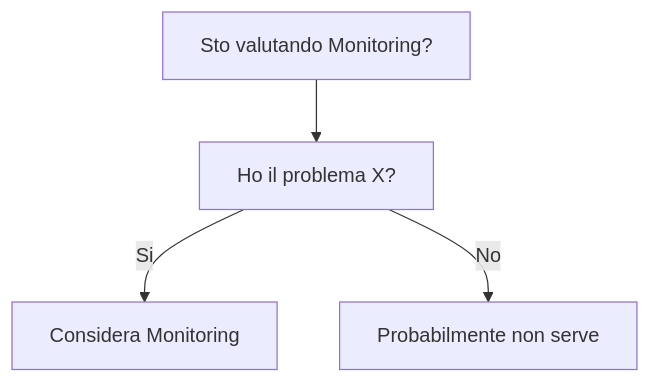
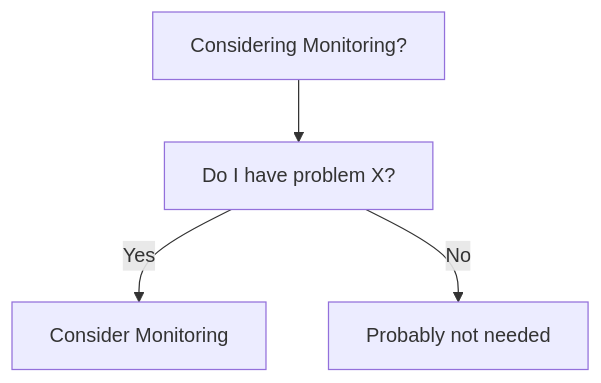
The diagram in dev-wiki/12_Observability/Monitoring/When_To_Use.md (HxT9/Software-Dev-Wiki), drawn with Mermaid before and after one commit. The commit also changed other lines of this file and 3444 other files, not shown here.

````diff
--- a/dev-wiki/12_Observability/Monitoring/When_To_Use.md
+++ b/dev-wiki/12_Observability/Monitoring/When_To_Use.md
@@ -19,6 +19,6 @@
 ```mermaid
 flowchart TD
-  Q[Sto valutando Monitoring?] --> Q1[Ho il problema X?]
-  Q1 -->|Si| OK[Considera Monitoring]
-  Q1 -->|No| NO[Probabilmente non serve]
+  Q[Considering Monitoring?] --> Q1[Do I have problem X?]
+  Q1 -->|Yes| OK[Consider Monitoring]
+  Q1 -->|No| NO[Probably not needed]
 ```
````
